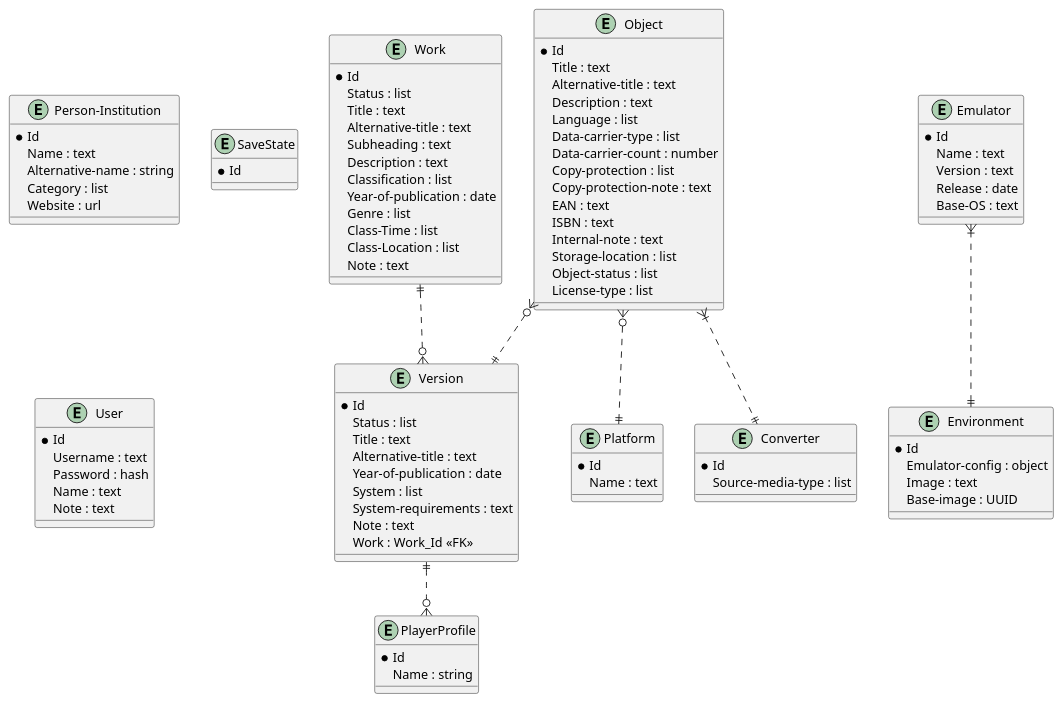
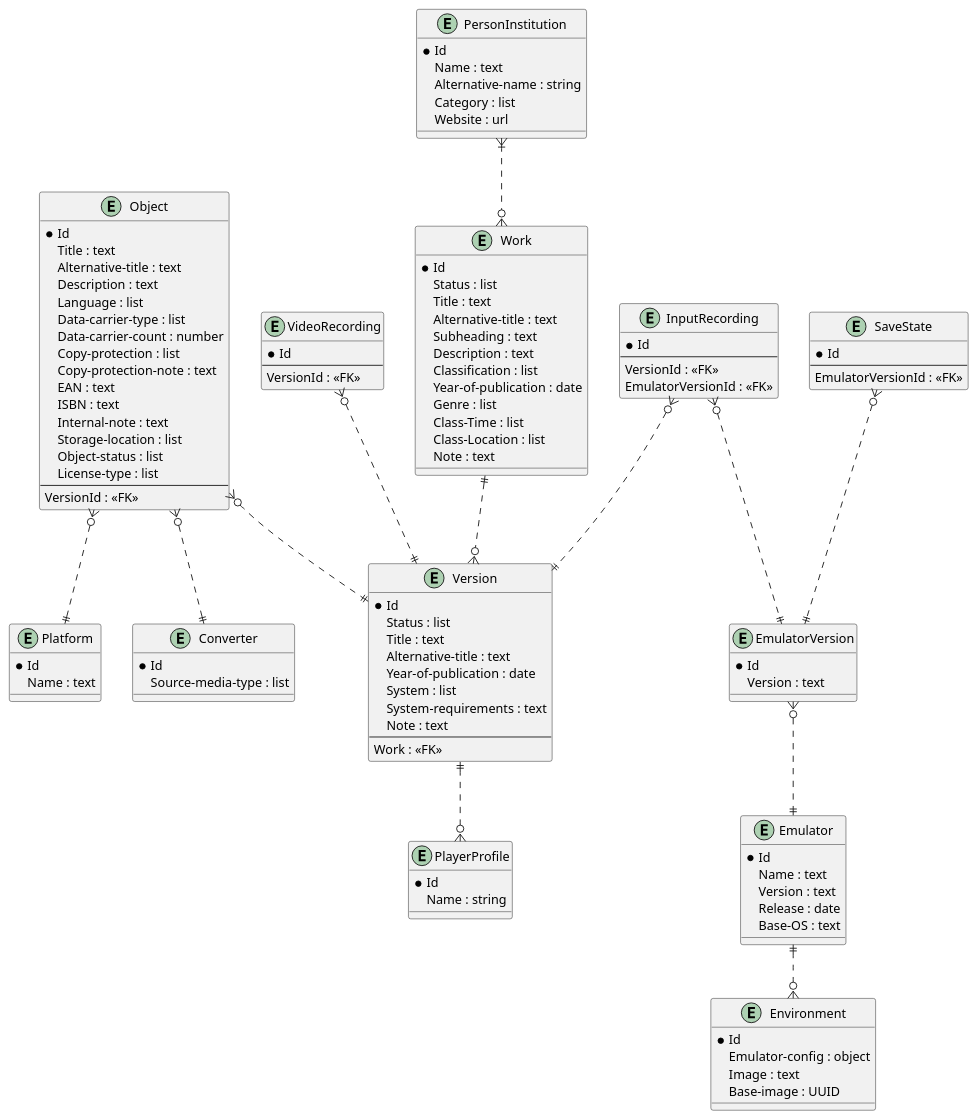
The diagram in docs/models/db.wsd (iimcz/mas-asec), drawn with PlantUML before and after one commit.

Commit message:
Update WIP DB schema with new entities related to recording

```diff
--- a/docs/models/db.wsd
+++ b/docs/models/db.wsd
@@ -1,128 +1,166 @@
 @startuml DB
 
 ' ==============================
 ' Collective Access DB entities
 ' ==============================
 
 entity Work {
     * Id
     Status : list
     Title : text
     Alternative-title : text
     Subheading : text
     Description : text
     Classification : list
     Year-of-publication : date
     Genre : list
     Class-Time : list
     Class-Location : list
     Note : text
 }
 
 entity Version {
     * Id
     Status : list
     Title : text
     Alternative-title : text
     Year-of-publication : date
     System : list
     System-requirements : text
     Note : text
-    Work : Work_Id <<FK>>
+    --
+    Work : <<FK>>
 }
 
 entity Object {
     * Id
     Title : text
     Alternative-title : text
     Description : text
     Language : list
     Data-carrier-type : list
     Data-carrier-count : number
     Copy-protection : list
     Copy-protection-note : text
     EAN : text
     ISBN : text
     Internal-note : text
     Storage-location : list
     Object-status : list
     License-type : list
+    --
+    VersionId : <<FK>>
 }
 
-entity Person-Institution {
+entity PersonInstitution {
     * Id
     Name : text
     Alternative-name : string
     Category : list
     Website : url
 }
 
 ' ==============================
 ' Emulation entities
 ' ==============================
 
 entity Platform {
     * Id
     Name : text
 
 }
 
 entity Environment {
     * Id
     Emulator-config : object
     Image : text
     Base-image : UUID
 }
 
 entity Emulator {
     * Id
     Name : text
     Version : text
     Release : date
     Base-OS : text
 }
 
+entity EmulatorVersion {
+    * Id
+    Version : text
+
+}
+
 entity Converter {
     * Id
     Source-media-type : list
     
 }
 
 entity PlayerProfile {
     * Id
     Name : string
 
 }
 
 entity SaveState {
     * Id
+    --
+    EmulatorVersionId : <<FK>>
+}
+
+' ==============================
+' Recordings
+' ==============================
+
+entity VideoRecording {
+    * Id
+    --
+    VersionId : <<FK>>
+}
+
+entity InputRecording {
+    * Id
+    --
+    VersionId : <<FK>>
+    EmulatorVersionId : <<FK>>
 }
 
 ' ==============================
 ' Access
 ' ==============================
 
-entity User {
-    * Id
-    Username : text
-    Password : hash
-    Name : text
-    Note : text
-}
+'entity User {
+'    * Id
+'    Username : text
+'    Password : hash
+'    Name : text
+'    Note : text
+'}
 
 ' TODO: SSO login entities
 
 ' ==============================
 ' Relations
 ' ==============================
 
 Object }o..|| Platform
 Object }o..|| Version
-Object }|..|| Converter
+Object }o..|| Converter
 
 Work ||..o{ Version
+PersonInstitution }|..o{ Work
 
-Emulator }|..|| Environment
+EmulatorVersion }o..|| Emulator
+
+Emulator ||..o{ Environment
 Version ||..o{ PlayerProfile
 
+InputRecording }o..|| EmulatorVersion
+InputRecording }o..|| Version
+
+VideoRecording }o..|| Version
+
+SaveState }o..|| EmulatorVersion
+
 @enduml
```
